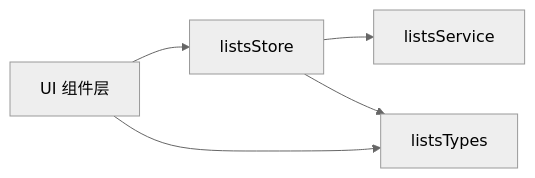
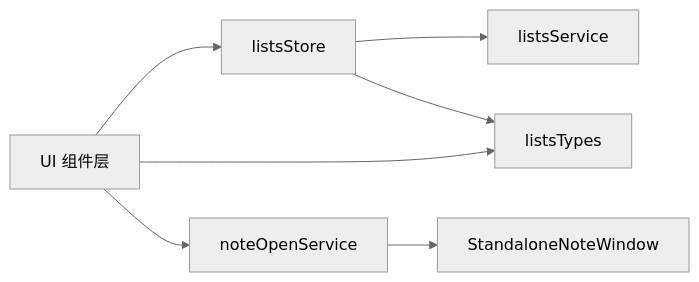
The fifth of 5 diagrams in .qoder/repowiki/zh/content/架构设计/组件架构设计/业务组件架构/清单管理组件.md (gzdxhujiale/FishWorker), drawn with Mermaid (neutral theme) before and after one commit. The commit also changed other lines of this file and 19 other files, not shown here.

````diff
--- a/.qoder/repowiki/zh/content/架构设计/组件架构设计/业务组件架构/清单管理组件.md
+++ b/.qoder/repowiki/zh/content/架构设计/组件架构设计/业务组件架构/清单管理组件.md
@@ -407,7 +531,9 @@
 ```mermaid
 graph LR
 UI["UI 组件层"] --> Store["listsStore"]
 Store --> Service["listsService"]
 Store --> Types["listsTypes"]
 UI --> Types
+UI --> OpenService["noteOpenService"]
+OpenService --> Window["StandaloneNoteWindow"]
 ```
````
